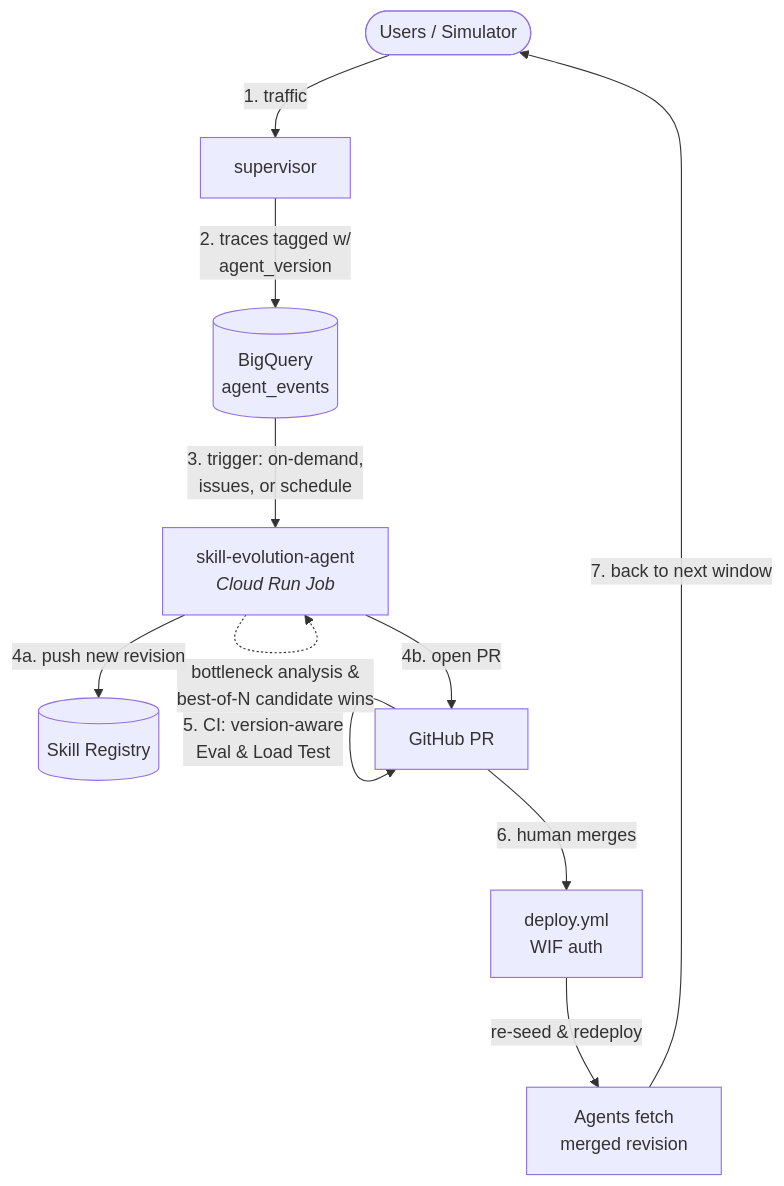
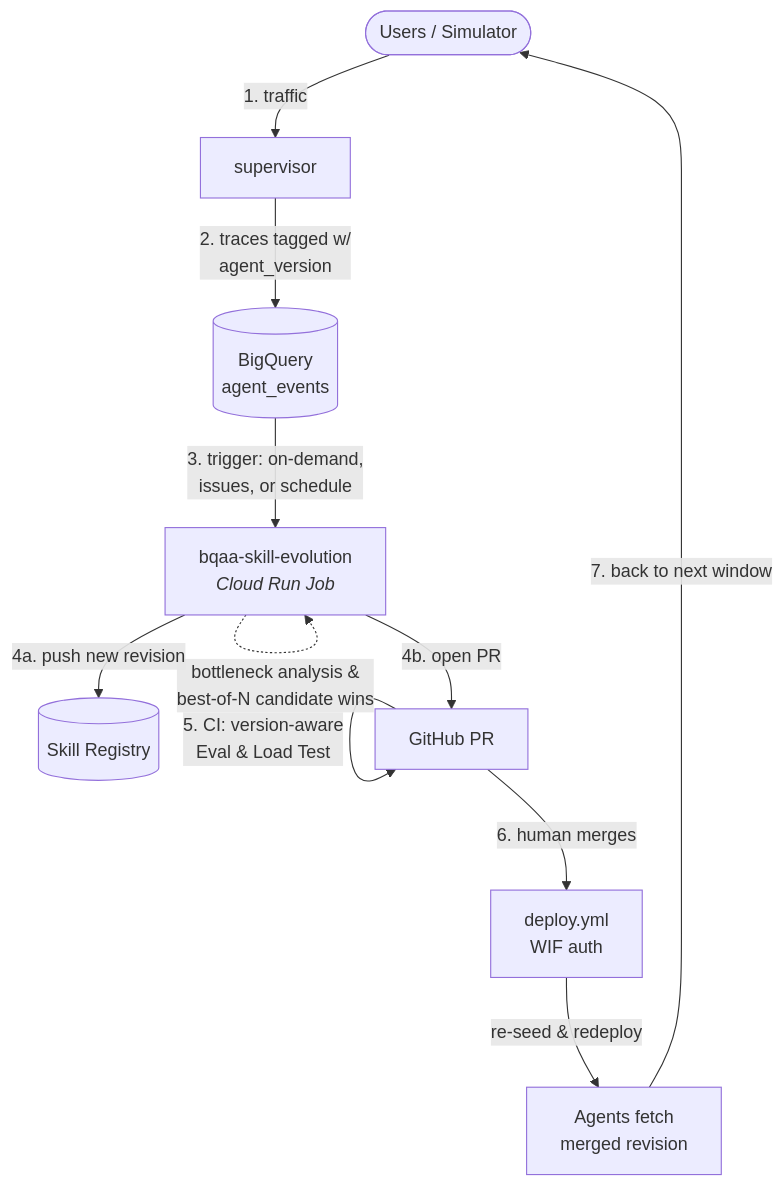
The second of 2 diagrams in README.md (evekhm/skill-evolution-lab), drawn with Mermaid before and after one commit. The commit also changed other lines of this file and 15 other files, not shown here.

````diff
--- a/README.md
+++ b/README.md
@@ -1359,19 +1359,19 @@
 ```mermaid
 flowchart TD
     Traffic([Users / Simulator]) -->|1. traffic| Supervisor[supervisor]
     Supervisor -->|2. traces tagged w/<br>agent_version| BQ[(BigQuery<br>agent_events)]
     
-    CRJ[skill-evolution-agent<br><i>Cloud Run Job</i>]
+    CRJ[bqaa-skill-evolution<br><i>Cloud Run Job</i>]
     BQ -->|3. trigger: on-demand,<br>issues, or schedule| CRJ
     
     CRJ -.->|bottleneck analysis &<br>best-of-N candidate wins| CRJ
     
     CRJ -->|4a. push new revision| Registry[(Skill Registry)]
     CRJ -->|4b. open PR| PR[GitHub PR]
     
     PR -->|5. CI: version-aware<br>Eval & Load Test| PR
     PR -->|6. human merges| Deploy[deploy.yml<br>WIF auth]
     
     Deploy -->|re-seed & redeploy| Agents[Agents fetch<br>merged revision]
     Agents -->|7. back to next window| Traffic
 ```
````
